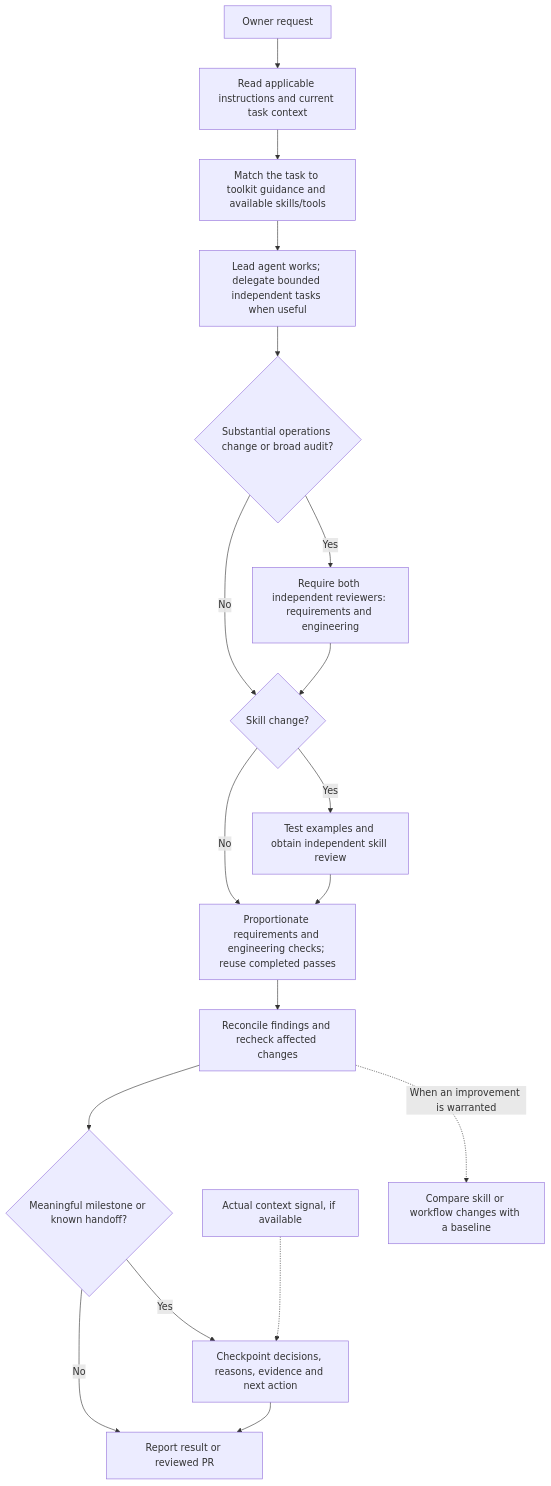
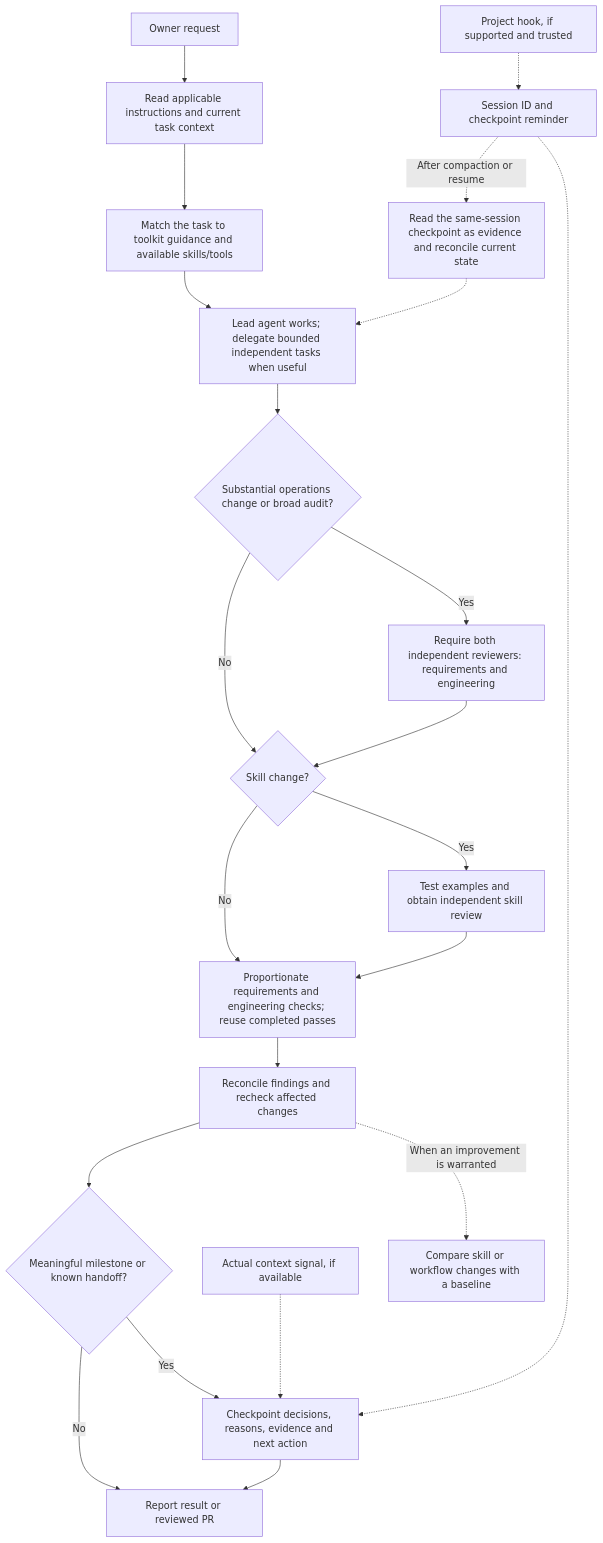
The diagram in docs/studio-workflow.md (Vziraka/ensizziyo-web-studio), drawn with Mermaid before and after one commit. The commit also changed 11 other files, not shown here.

````diff
--- a/docs/studio-workflow.md
+++ b/docs/studio-workflow.md
@@ -9,20 +9,24 @@
 ```mermaid
 flowchart TD
     A["Owner request"] --> B["Read applicable instructions and current task context"]
     B --> C["Match the task to toolkit guidance and available skills/tools"]
     C --> D["Lead agent works; delegate bounded independent tasks when useful"]
     D --> E{"Substantial operations change or broad audit?"}
     E -- "Yes" --> F["Require both independent reviewers: requirements and engineering"]
     E -- "No" --> G{"Skill change?"}
     F --> G
     G -- "Yes" --> H["Test examples and obtain independent skill review"]
     G -- "No" --> I["Proportionate requirements and engineering checks; reuse completed passes"]
     H --> I
     I --> J["Reconcile findings and recheck affected changes"]
     J --> K{"Meaningful milestone or known handoff?"}
     K -- "Yes" --> L["Checkpoint decisions, reasons, evidence and next action"]
     K -- "No" --> M["Report result or reviewed PR"]
     L --> M
     N["Actual context signal, if available"] -.-> L
+    P["Project hook, if supported and trusted"] -.-> Q["Session ID and checkpoint reminder"]
+    Q -.-> L
+    Q -. "After compaction or resume" .-> R["Read the same-session checkpoint as evidence and reconcile current state"]
+    R -.-> D
     J -. "When an improvement is warranted" .-> O["Compare skill or workflow changes with a baseline"]
 ```
````
